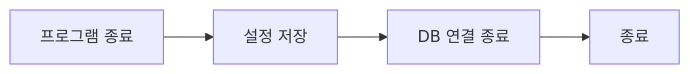
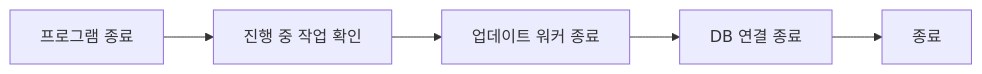
One commit to PKT0623/PixivLocalManager changed diagram 25 of 25 in docs/03_SYSTEM_FLOW.md. Above: the diagram before and after it, drawn with Mermaid. The commit also changed other lines of this file and 10 other files, not shown here.

````diff
--- a/docs/03_SYSTEM_FLOW.md
+++ b/docs/03_SYSTEM_FLOW.md
@@ -380,10 +583,11 @@
-```mermaid id="9aq0pz"
+```mermaid
 flowchart LR
 
 A[프로그램 종료]
 
-A --> B[설정 저장]
-B --> C[DB 연결 종료]
+A --> B[진행 중 작업 확인]
+B --> C[업데이트 워커 종료]
+C --> D[DB 연결 종료]
 
-C --> D[종료]
+D --> E[종료]
 ```
````
